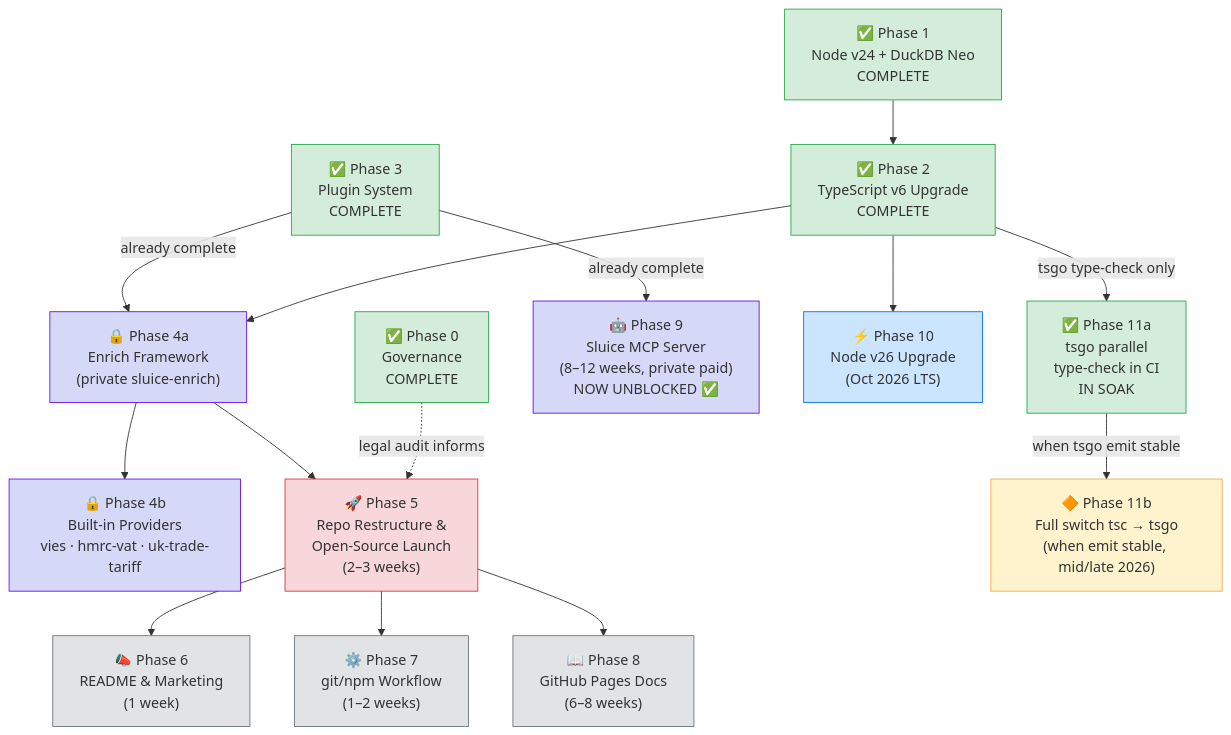
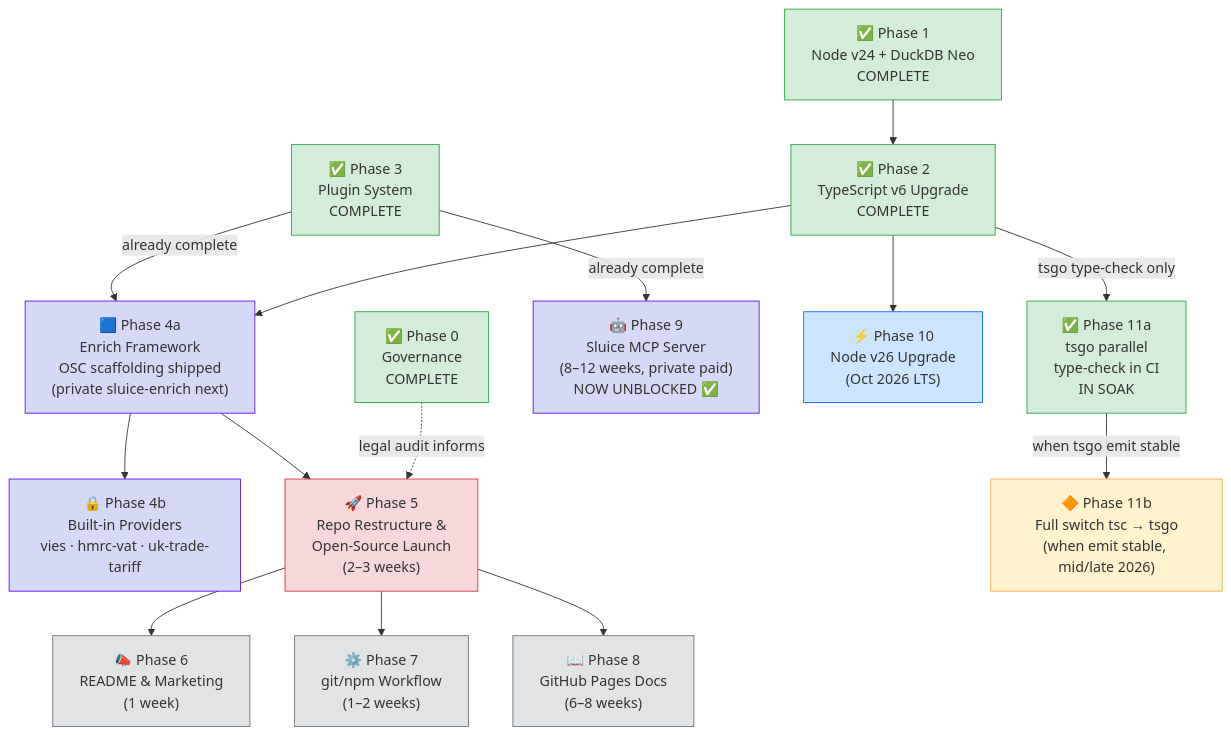
One commit to caracal-lynx/sluice changed the second of 8 diagrams in docs/SLUICE-IMPLEMENTATION-PLAN.md. Above: the diagram before and after it, drawn with Mermaid. The commit also changed other lines of this file and 16 other files, not shown here.

Commit message:
[master] - Add Phase 4a enrich functionality with schema validation and integration tests 🌟✨

````diff
--- a/docs/SLUICE-IMPLEMENTATION-PLAN.md
+++ b/docs/SLUICE-IMPLEMENTATION-PLAN.md
@@ -137,46 +137,46 @@
 ```mermaid
 flowchart TD
     P0["✅ Phase 0<br/>Governance<br/>COMPLETE"]
     P1["✅ Phase 1<br/>Node v24 + DuckDB Neo<br/>COMPLETE"]
     P2["✅ Phase 2<br/>TypeScript v6 Upgrade<br/>COMPLETE"]
     P3["✅ Phase 3<br/>Plugin System<br/>COMPLETE"]
-    P4A["🔒 Phase 4a<br/>Enrich Framework<br/>(private sluice-enrich)"]
+    P4A["🟦 Phase 4a<br/>Enrich Framework<br/>OSC scaffolding shipped<br/>(private sluice-enrich next)"]
     P4B["🔒 Phase 4b<br/>Built-in Providers<br/>vies · hmrc-vat · uk-trade-tariff"]
     P5["🚀 Phase 5<br/>Repo Restructure &<br/>Open-Source Launch<br/>(2–3 weeks)"]
     P6["📣 Phase 6<br/>README & Marketing<br/>(1 week)"]
     P7["⚙️ Phase 7<br/>git/npm Workflow<br/>(1–2 weeks)"]
     P8["📖 Phase 8<br/>GitHub Pages Docs<br/>(6–8 weeks)"]
     P9["🤖 Phase 9<br/>Sluice MCP Server<br/>(8–12 weeks, private paid)<br/>NOW UNBLOCKED ✅"]
     P10["⚡ Phase 10<br/>Node v26 Upgrade<br/>(Oct 2026 LTS)"]
     P11A["✅ Phase 11a<br/>tsgo parallel<br/>type-check in CI<br/>IN SOAK"]
     P11B["🔶 Phase 11b<br/>Full switch tsc → tsgo<br/>(when emit stable, mid/late 2026)"]
 
     P0 -.->|legal audit informs| P5
     P1 --> P2
     P2 -->|tsgo type-check only| P11A
     P2 --> P4A
     P3 -->|already complete| P4A
     P3 -->|already complete| P9
     P4A --> P4B
     P4A --> P5
     P5 --> P6
     P5 --> P7
     P5 --> P8
     P2 --> P10
     P11A -->|when tsgo emit stable| P11B
 
     style P0 fill:#d4edda,stroke:#28a745
     style P1 fill:#d4edda,stroke:#28a745
     style P2 fill:#d4edda,stroke:#28a745
     style P3 fill:#d4edda,stroke:#28a745
     style P4A fill:#d6d8f7,stroke:#6610f2
     style P4B fill:#d6d8f7,stroke:#6610f2
     style P5 fill:#f8d7da,stroke:#dc3545
     style P6 fill:#e2e3e5,stroke:#6c757d
     style P7 fill:#e2e3e5,stroke:#6c757d
     style P8 fill:#e2e3e5,stroke:#6c757d
     style P9 fill:#d6d8f7,stroke:#6610f2
     style P10 fill:#cce5ff,stroke:#0d6efd
     style P11A fill:#d4edda,stroke:#28a745
     style P11B fill:#fff3cd,stroke:#f0ad4e
 ```
````
